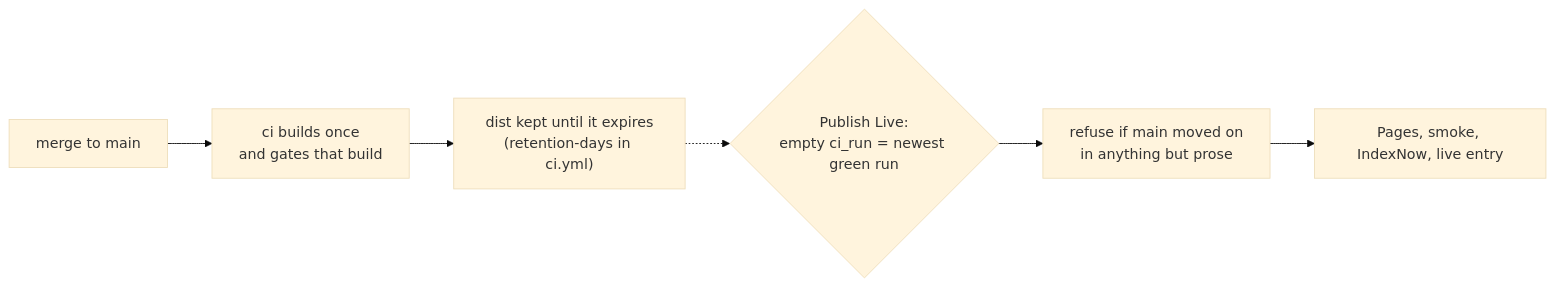
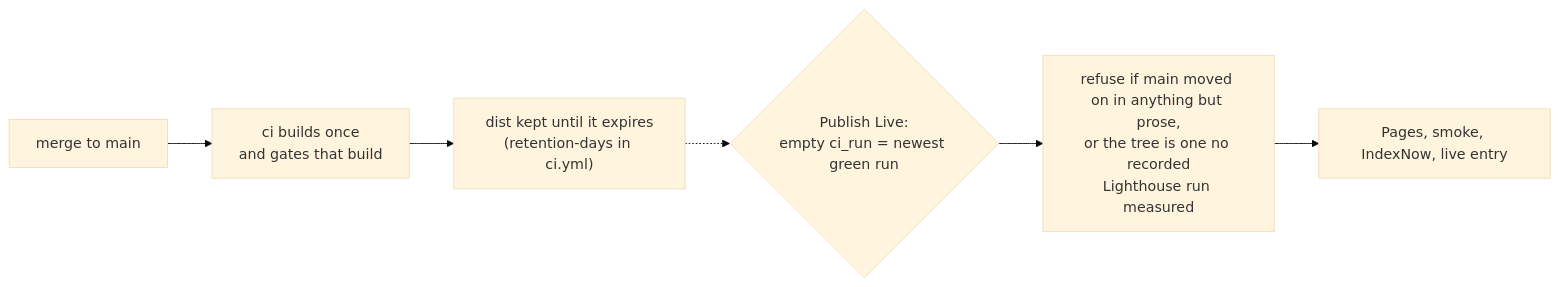
One commit to meshin-co/website changed the diagram in site/.agents/skills/publish-the-build.md. Above: the diagram before and after it, drawn with Mermaid (base theme). The commit also changed other lines of this file and 16 other files, not shown here.

First line of the commit message:
fix(publish): a tree no Lighthouse run measured is never published

````diff
--- a/site/.agents/skills/publish-the-build.md
+++ b/site/.agents/skills/publish-the-build.md
@@ -54,8 +54,8 @@
 ```mermaid
 flowchart LR
     A["merge to main"] --> B["ci builds once<br/>and gates that build"]
     B --> C["dist kept until it expires<br/>(retention-days in ci.yml)"]
     C -.-> D{"Publish Live:<br/>empty ci_run = newest green run"}
-    D --> G["refuse if main moved on<br/>in anything but prose"]
+    D --> G["refuse if main moved on in anything but prose,<br/>or the tree is one no recorded<br/>Lighthouse run measured"]
     G --> H["Pages, smoke, IndexNow, live entry"]
 ```
````
